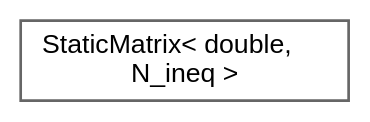
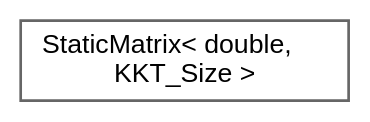
Before and after one commit to jswoo0615/Algorithms_for_Optimization_cpp: the diagram in inherit_graph_78.dot, drawn with Graphviz. The commit also changed 80 other files, not shown here.

```diff
--- a/inherit_graph_78.dot
+++ b/inherit_graph_78.dot
@@ -1,9 +1,9 @@
 digraph "Graphical Class Hierarchy"
 {
  // LATEX_PDF_SIZE
   bgcolor="transparent";
   edge [fontname=Helvetica,fontsize=10,labelfontname=Helvetica,labelfontsize=10];
   node [fontname=Helvetica,fontsize=10,shape=box,height=0.2,width=0.4];
   rankdir="LR";
-  Node0 [id="Node000000",label="StaticMatrix\< double,\l N_ineq \>",height=0.2,width=0.4,color="grey40", fillcolor="white", style="filled",URL="$classStaticMatrix.html",tooltip=" "];
+  Node0 [id="Node000000",label="StaticMatrix\< double,\l KKT_Size \>",height=0.2,width=0.4,color="grey40", fillcolor="white", style="filled",URL="$classStaticMatrix.html",tooltip=" "];
 }
```
